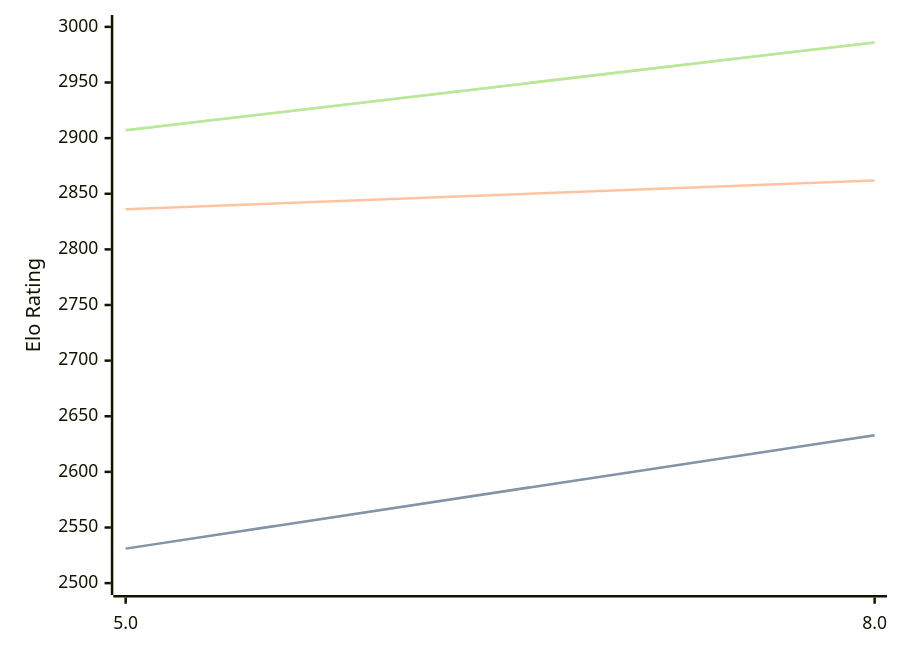
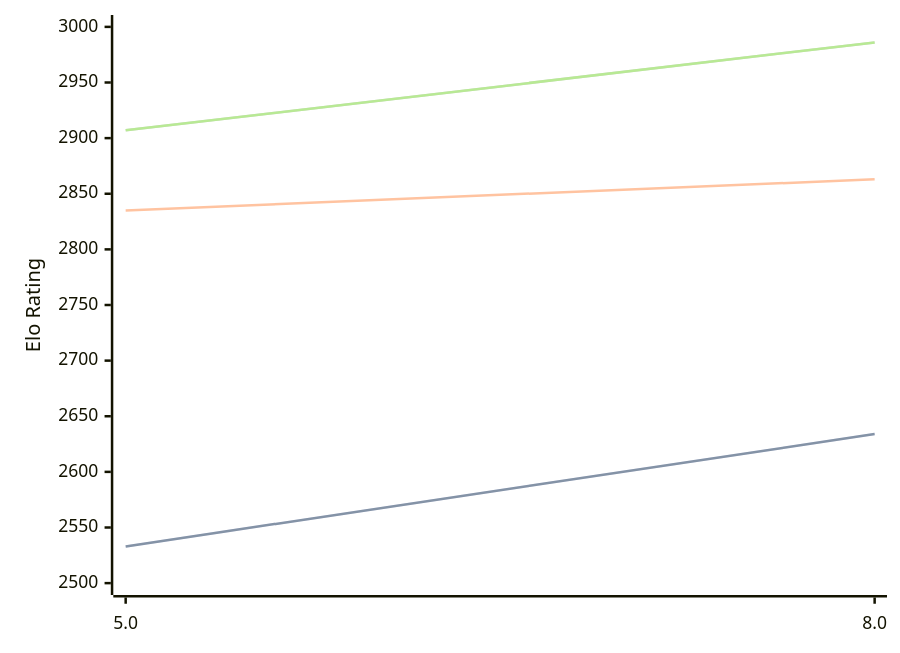
The diagram in engines/4kc.md (computer-chess-index/cci), drawn with Mermaid before and after one commit. The commit also changed other lines of this file, not shown here.

````diff
--- a/engines/4kc.md
+++ b/engines/4kc.md
@@ -41,11 +41,11 @@
 ```mermaid
 %%{init: {"theme":"base","themeVariables":{"seriesColors:['#a3a3a3','#222221','#faa371']}}}%%
 xychart-beta
   x-axis ["5.0", "8.0"]
   y-axis "Elo Rating" 2500 --> 3000
-  line "STC (8.0+0.08s)" [2531, 2633]
-  line "STC (8.0+0.08s)" [2531, 2633]
-  line "LTC (60.0+0.60s)" [2836, 2862]
+  line "STC (8.0+0.08s)" [2533, 2634]
+  line "STC (8.0+0.08s)" [2533, 2634]
+  line "LTC (60.0+0.60s)" [2835, 2863]
   line "VLTC (2m24s+1.12s)" [2907, 2986]
   line "VLTC (2m24s+1.12s)" [2907, 2986]
 ```
````
